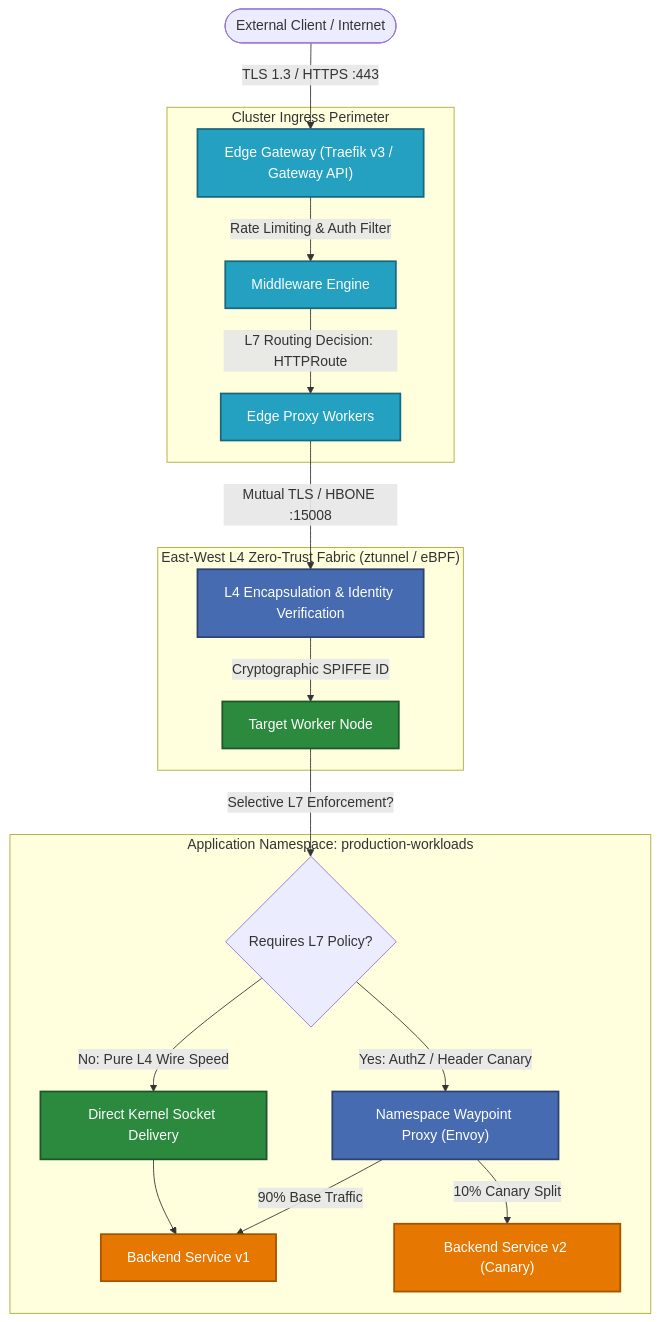
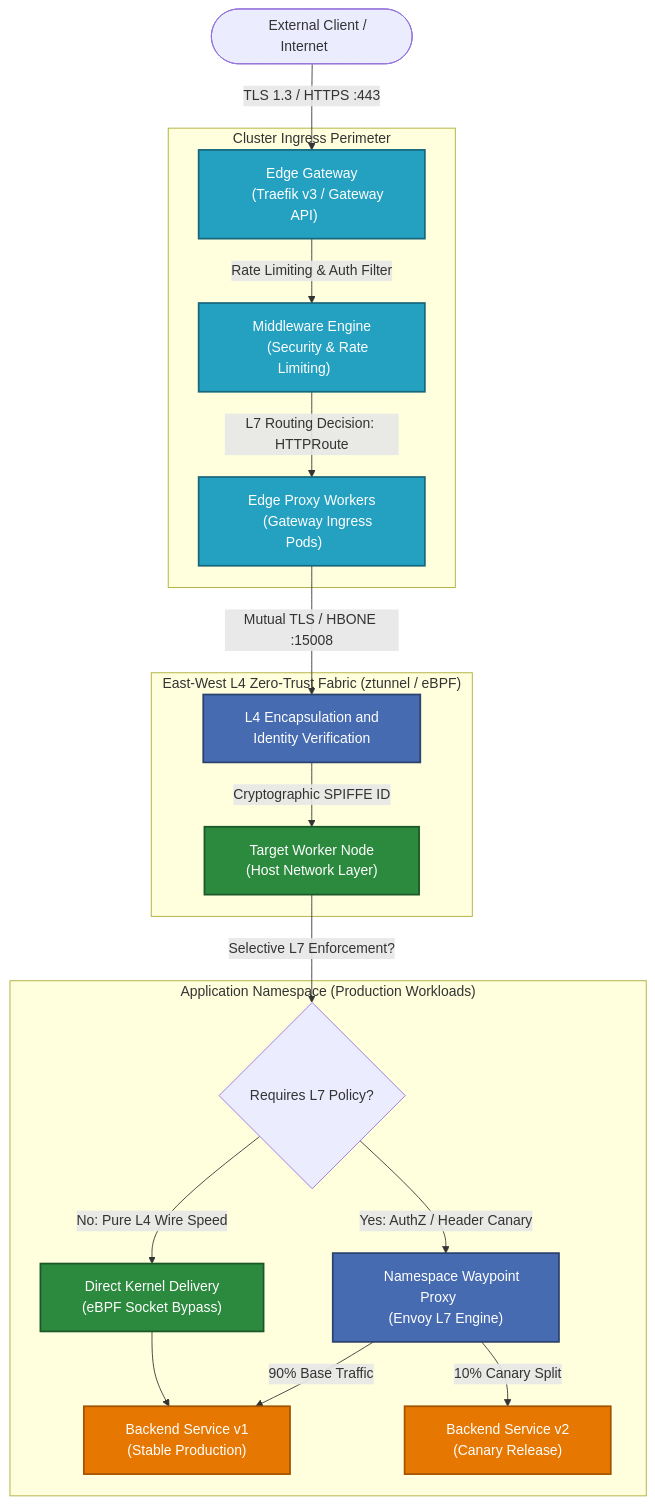
Before and after one commit to nubenetes/cloudnative-ingress-mesh-lab: the first of 2 diagrams in README.md, drawn with Mermaid. The commit also changed other lines of this file, not shown here.

Commit message:
fix(docs): expand Mermaid node boxes with generous padding and line breaks to prevent text clipping

````diff
--- a/README.md
+++ b/README.md
@@ -82,34 +82,34 @@
 ```mermaid
 flowchart TD
-    Client(["External Client / Internet"]) -->|"TLS 1.3 / HTTPS :443"| EdgeGateway["Edge Gateway (Traefik v3 / Gateway API)"]
+    Client(["&nbsp;&nbsp;&nbsp;&nbsp;External Client / Internet&nbsp;&nbsp;&nbsp;&nbsp;"]) -->|"TLS 1.3 / HTTPS :443"| EdgeGateway["&nbsp;&nbsp;&nbsp;&nbsp;Edge Gateway&nbsp;&nbsp;&nbsp;&nbsp;<br/>&nbsp;&nbsp;&nbsp;&nbsp;(Traefik v3 / Gateway API)&nbsp;&nbsp;&nbsp;&nbsp;"]
     
-    subgraph ClusterEdge ["Cluster Ingress Perimeter"]
-        EdgeGateway -->|"Rate Limiting & Auth Filter"| MW["Middleware Engine"]
-        MW -->|"L7 Routing Decision: HTTPRoute"| EdgePod["Edge Proxy Workers"]
+    subgraph ClusterEdge ["&nbsp;&nbsp;Cluster Ingress Perimeter&nbsp;&nbsp;"]
+        EdgeGateway -->|"Rate Limiting & Auth Filter"| MW["&nbsp;&nbsp;&nbsp;&nbsp;Middleware Engine&nbsp;&nbsp;&nbsp;&nbsp;<br/>&nbsp;&nbsp;&nbsp;&nbsp;(Security & Rate Limiting)&nbsp;&nbsp;&nbsp;&nbsp;"]
+        MW -->|"L7 Routing Decision: HTTPRoute"| EdgePod["&nbsp;&nbsp;&nbsp;&nbsp;Edge Proxy Workers&nbsp;&nbsp;&nbsp;&nbsp;<br/>&nbsp;&nbsp;&nbsp;&nbsp;(Gateway Ingress Pods)&nbsp;&nbsp;&nbsp;&nbsp;"]
     end
 
-    subgraph MeshTransportLayer ["East-West L4 Zero-Trust Fabric (ztunnel / eBPF)"]
-        EdgePod -->|"Mutual TLS / HBONE :15008"| EncryptLayer["L4 Encapsulation & Identity Verification"]
-        EncryptLayer -->|"Cryptographic SPIFFE ID"| TargetNode["Target Worker Node"]
+    subgraph MeshTransportLayer ["&nbsp;&nbsp;East-West L4 Zero-Trust Fabric (ztunnel / eBPF)&nbsp;&nbsp;"]
+        EdgePod -->|"Mutual TLS / HBONE :15008"| EncryptLayer["&nbsp;&nbsp;&nbsp;&nbsp;L4 Encapsulation and&nbsp;&nbsp;&nbsp;&nbsp;<br/>&nbsp;&nbsp;&nbsp;&nbsp;Identity Verification&nbsp;&nbsp;&nbsp;&nbsp;"]
+        EncryptLayer -->|"Cryptographic SPIFFE ID"| TargetNode["&nbsp;&nbsp;&nbsp;&nbsp;Target Worker Node&nbsp;&nbsp;&nbsp;&nbsp;<br/>&nbsp;&nbsp;&nbsp;&nbsp;(Host Network Layer)&nbsp;&nbsp;&nbsp;&nbsp;"]
     end
 
-    subgraph AppNamespace ["Application Namespace: production-workloads"]
-        TargetNode -->|"Selective L7 Enforcement?"| Decision{"Requires L7 Policy?"}
-        Decision -->|"Yes: AuthZ / Header Canary"| WaypointProxy["Namespace Waypoint Proxy (Envoy)"]
-        Decision -->|"No: Pure L4 Wire Speed"| FastPath["Direct Kernel Socket Delivery"]
+    subgraph AppNamespace ["&nbsp;&nbsp;Application Namespace (Production Workloads)&nbsp;&nbsp;"]
+        TargetNode -->|"Selective L7 Enforcement?"| Decision{"&nbsp;&nbsp;Requires L7 Policy?&nbsp;&nbsp;"}
+        Decision -->|"Yes: AuthZ / Header Canary"| WaypointProxy["&nbsp;&nbsp;&nbsp;&nbsp;Namespace Waypoint Proxy&nbsp;&nbsp;&nbsp;&nbsp;<br/>&nbsp;&nbsp;&nbsp;&nbsp;(Envoy L7 Engine)&nbsp;&nbsp;&nbsp;&nbsp;"]
+        Decision -->|"No: Pure L4 Wire Speed"| FastPath["&nbsp;&nbsp;&nbsp;&nbsp;Direct Kernel Delivery&nbsp;&nbsp;&nbsp;&nbsp;<br/>&nbsp;&nbsp;&nbsp;&nbsp;(eBPF Socket Bypass)&nbsp;&nbsp;&nbsp;&nbsp;"]
         
-        WaypointProxy -->|"90% Base Traffic"| BackendV1["Backend Service v1"]
-        WaypointProxy -->|"10% Canary Split"| BackendV2["Backend Service v2 (Canary)"]
+        WaypointProxy -->|"90% Base Traffic"| BackendV1["&nbsp;&nbsp;&nbsp;&nbsp;Backend Service v1&nbsp;&nbsp;&nbsp;&nbsp;<br/>&nbsp;&nbsp;&nbsp;&nbsp;(Stable Production)&nbsp;&nbsp;&nbsp;&nbsp;"]
+        WaypointProxy -->|"10% Canary Split"| BackendV2["&nbsp;&nbsp;&nbsp;&nbsp;Backend Service v2&nbsp;&nbsp;&nbsp;&nbsp;<br/>&nbsp;&nbsp;&nbsp;&nbsp;(Canary Release)&nbsp;&nbsp;&nbsp;&nbsp;"]
         FastPath --> BackendV1
     end
 
     classDef edge fill:#24A1C1,stroke:#18687d,stroke-width:2px,color:#fff;
     classDef mesh fill:#466BB0,stroke:#2b426e,stroke-width:2px,color:#fff;
     classDef kernel fill:#2b8a3e,stroke:#1b5727,stroke-width:2px,color:#fff;
     classDef app fill:#e67700,stroke:#a35400,stroke-width:2px,color:#fff;
 
     class EdgeGateway,EdgePod,MW edge;
     class EncryptLayer,WaypointProxy mesh;
     class FastPath,TargetNode kernel;
     class BackendV1,BackendV2 app;
 ```
````
